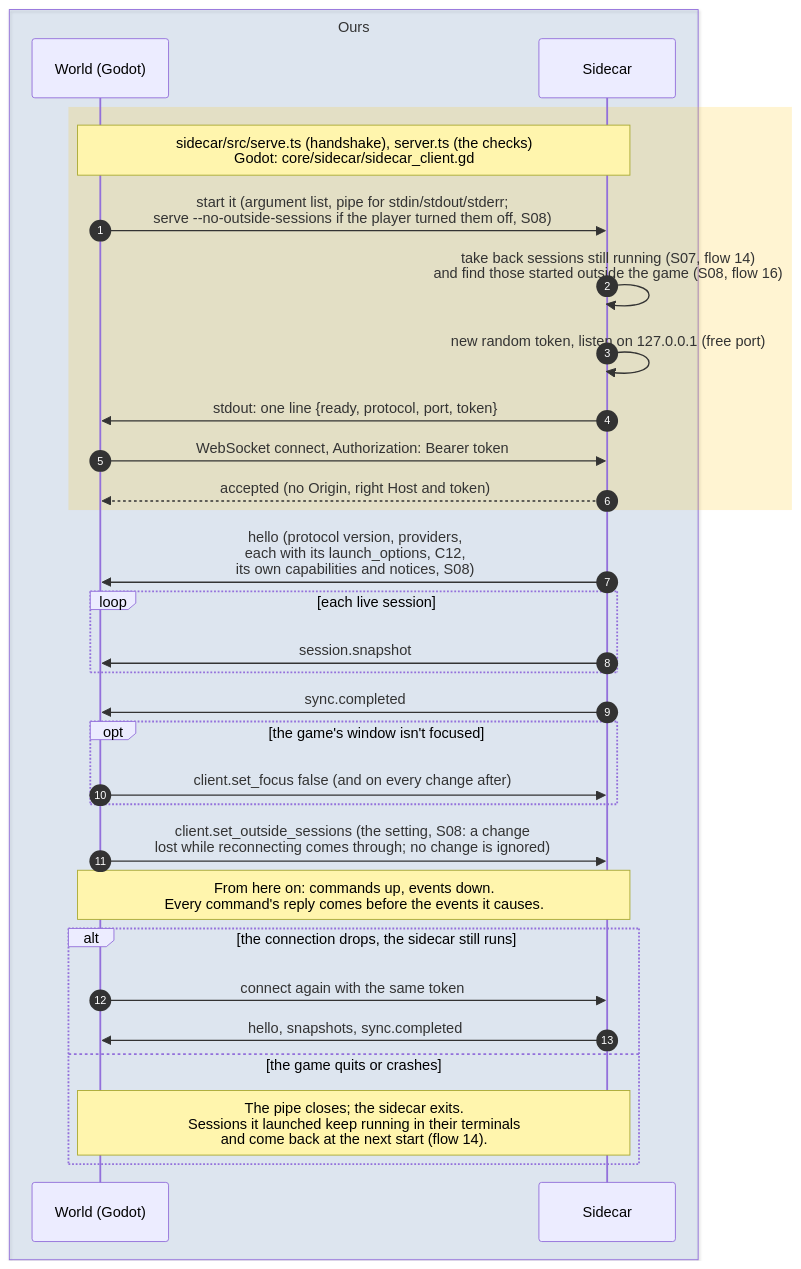
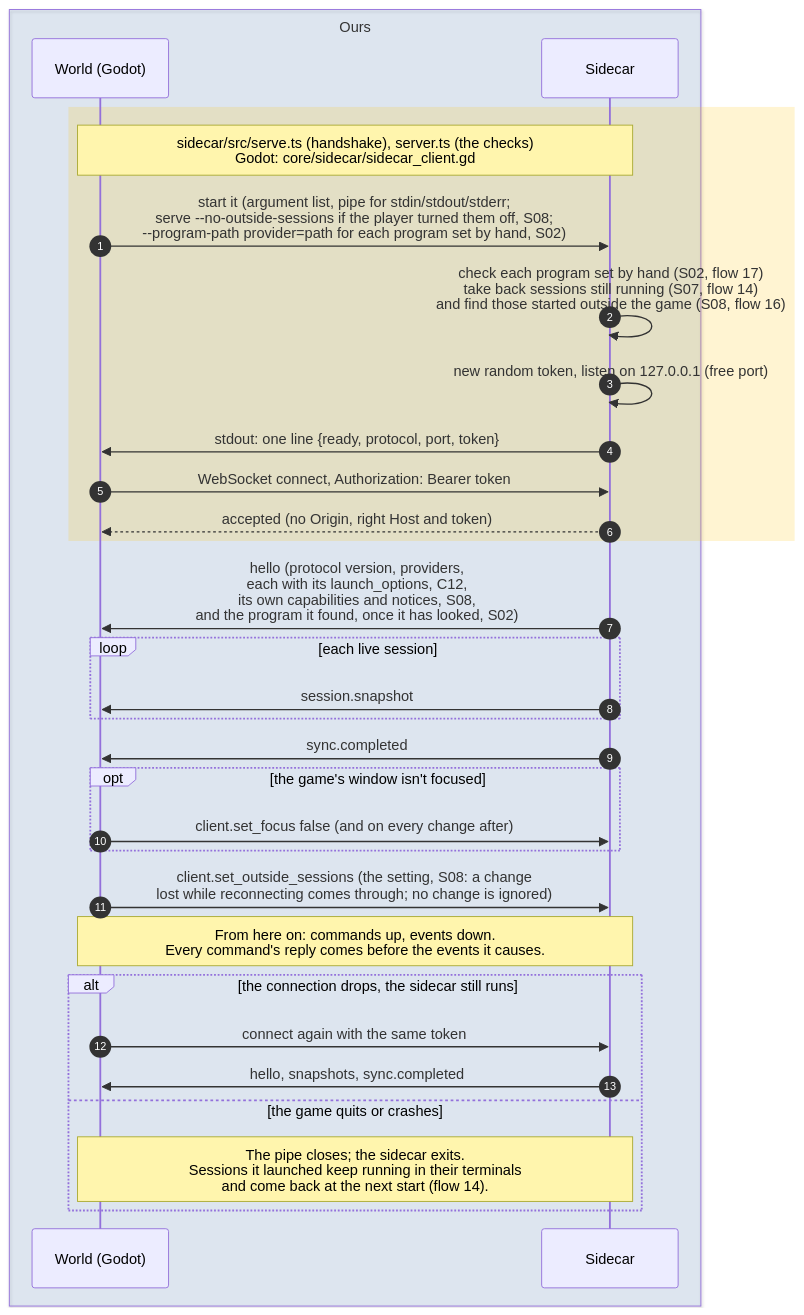
One commit to PaoloPortugal/The-Beach changed the diagram in docs/diagrams/sequence/00-starting-up.md. Above: the diagram before and after it, drawn with Mermaid. The commit also changed other lines of this file and 8 other files, not shown here.

Commit message:
S02 docs: Claude Code set by hand (NOTES S02 → The program set by hand, Platforms, C10's Game row, index, Running it, Known issues, Current focus; GUIDE S02 and C10; flow 17 and flows 0-1; dev log; live checklist)

````diff
--- a/docs/diagrams/sequence/00-starting-up.md
+++ b/docs/diagrams/sequence/00-starting-up.md
@@ -7,35 +7,35 @@
 ```mermaid
 sequenceDiagram
     autonumber
 
     box rgba(47,111,191,0.12) Ours
         participant World as World (Godot)
         participant Sidecar
     end
 
     rect rgba(255,193,7,0.18)
         Note over World,Sidecar: sidecar/src/serve.ts (handshake), server.ts (the checks)<br/>Godot: core/sidecar/sidecar_client.gd
-        World->>Sidecar: start it (argument list, pipe for stdin/stdout/stderr#59;<br/>serve --no-outside-sessions if the player turned them off, S08)
-        Sidecar->>Sidecar: take back sessions still running (S07, flow 14)<br/>and find those started outside the game (S08, flow 16)
+        World->>Sidecar: start it (argument list, pipe for stdin/stdout/stderr#59;<br/>serve --no-outside-sessions if the player turned them off, S08#59;<br/>--program-path provider=path for each program set by hand, S02)
+        Sidecar->>Sidecar: check each program set by hand (S02, flow 17)<br/>take back sessions still running (S07, flow 14)<br/>and find those started outside the game (S08, flow 16)
         Sidecar->>Sidecar: new random token, listen on 127.0.0.1 (free port)
         Sidecar->>World: stdout: one line {ready, protocol, port, token}
         World->>Sidecar: WebSocket connect, Authorization: Bearer token
         Sidecar-->>World: accepted (no Origin, right Host and token)
     end
-    Sidecar->>World: hello (protocol version, providers,<br/>each with its launch_options, C12,<br/>its own capabilities and notices, S08)
+    Sidecar->>World: hello (protocol version, providers,<br/>each with its launch_options, C12,<br/>its own capabilities and notices, S08,<br/>and the program it found, once it has looked, S02)
     loop each live session
         Sidecar->>World: session.snapshot
     end
     Sidecar->>World: sync.completed
     opt the game's window isn't focused
         World->>Sidecar: client.set_focus false (and on every change after)
     end
     World->>Sidecar: client.set_outside_sessions (the setting, S08: a change<br/>lost while reconnecting comes through#59; no change is ignored)
     Note over World,Sidecar: From here on: commands up, events down.<br/>Every command's reply comes before the events it causes.
     alt the connection drops, the sidecar still runs
         World->>Sidecar: connect again with the same token
         Sidecar->>World: hello, snapshots, sync.completed
     else the game quits or crashes
         Note over World,Sidecar: The pipe closes#59; the sidecar exits.<br/>Sessions it launched keep running in their terminals<br/>and come back at the next start (flow 14).
     end
 ```
````
